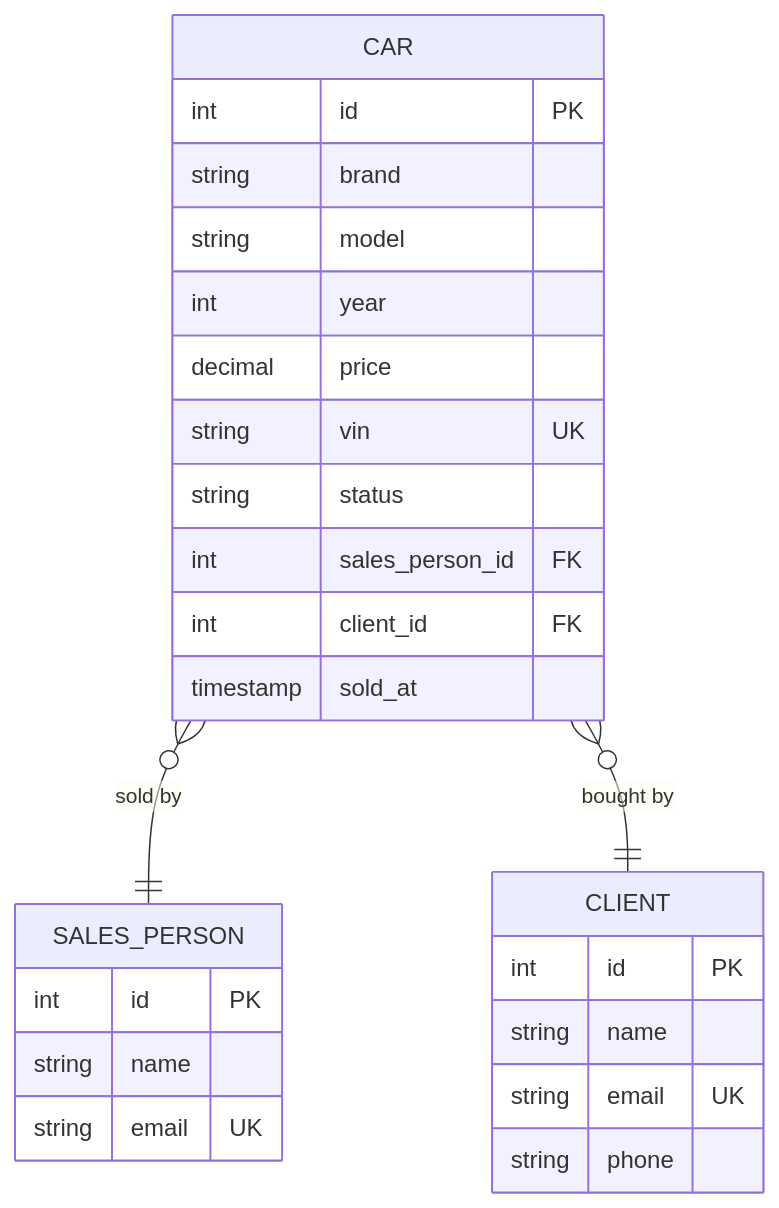
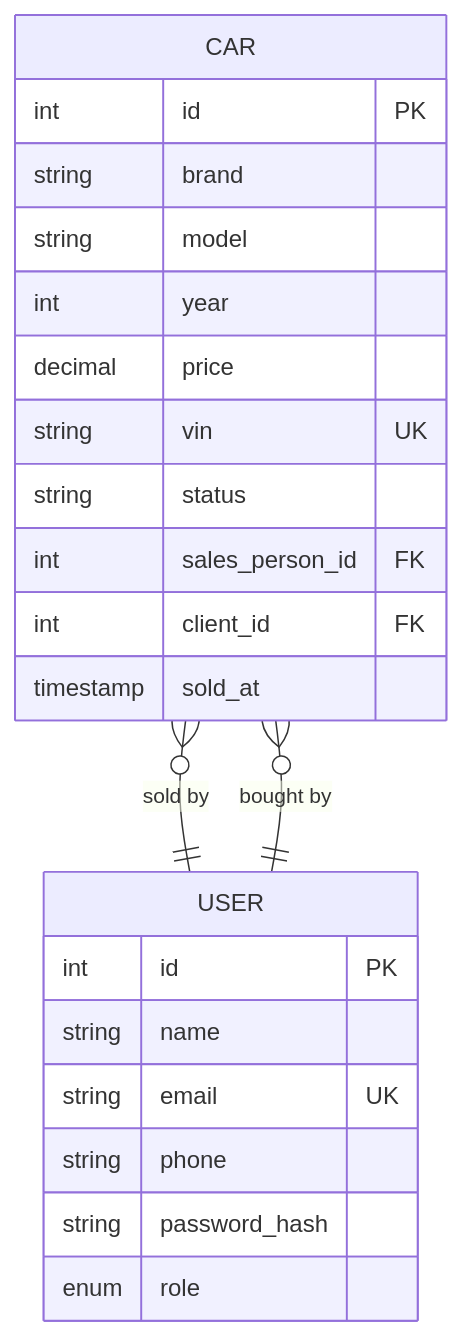
Before and after one commit to kamol-ayyub/car_sales_system: the second of 3 diagrams in architecture.md, drawn with Mermaid. The commit also changed other lines of this file and 21 other files, not shown here.

Commit message:
add car/user modules with TypeORM entities and DB wiring

````diff
--- a/architecture.md
+++ b/architecture.md
@@ -54,31 +51,27 @@
 ```mermaid
 erDiagram
     CAR {
         int id PK
         string brand
         string model
         int year
         decimal price
         string vin UK
         string status
         int sales_person_id FK
         int client_id FK
         timestamp sold_at
     }
 
-    CLIENT {
+    USER {
         int id PK
         string name
         string email UK
         string phone
+        string password_hash
+        enum role
     }
 
-    SALES_PERSON {
-        int id PK
-        string name
-        string email UK
-    }
-
-    CAR }o--|| SALES_PERSON : "sold by"
-    CAR }o--|| CLIENT : "bought by"
+    CAR }o--|| USER : "sold by"
+    CAR }o--|| USER : "bought by"
 ```
````
